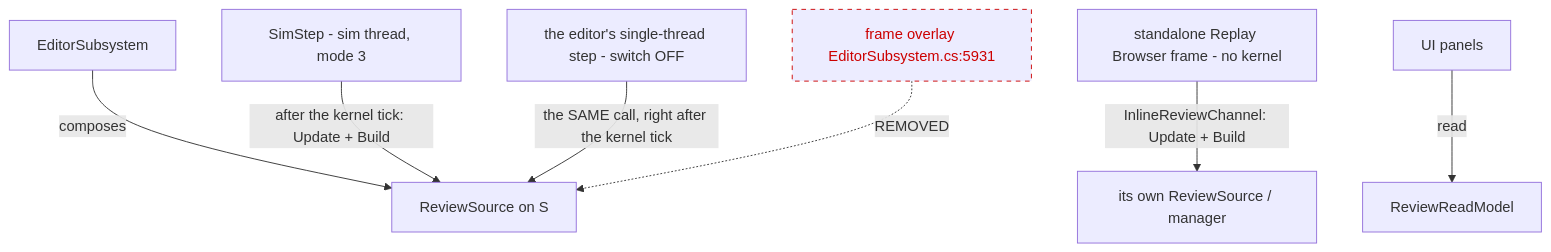
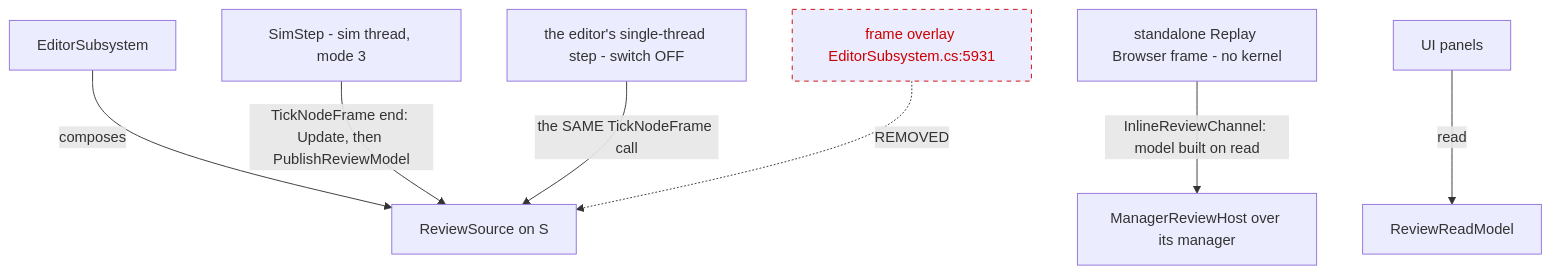
One commit to pjanec/HROT changed the third of 3 diagrams in docs/DESIGN_Threaded_Review_Source.md. Above: the diagram before and after it, drawn with Mermaid. The commit also changed other lines of this file and 4 other files, not shown here.

First line of the commit message:
CE-4500 R-6: fold the threaded review source's as-built into its design and the neighbours

````diff
--- a/docs/DESIGN_Threaded_Review_Source.md
+++ b/docs/DESIGN_Threaded_Review_Source.md
@@ -158,10 +161,10 @@
 ```mermaid
 graph TD
   E[EditorSubsystem] -->|composes| RS[ReviewSource on S]
-  SS[SimStep - sim thread, mode 3] -->|after the kernel tick: Update + Build| RS
-  IN[the editor's single-thread step - switch OFF] -->|the SAME call, right after the kernel tick| RS
-  RB[standalone Replay Browser frame - no kernel] -->|InlineReviewChannel: Update + Build| RB2[its own ReviewSource / manager]
+  SS[SimStep - sim thread, mode 3] -->|TickNodeFrame end: Update, then PublishReviewModel| RS
+  IN[the editor's single-thread step - switch OFF] -->|the SAME TickNodeFrame call| RS
+  RB[standalone Replay Browser frame - no kernel] -->|InlineReviewChannel: model built on read| RB2[ManagerReviewHost over its manager]
   FO[frame overlay EditorSubsystem.cs:5931]:::dead -.->|REMOVED| RS
   P[UI panels] -->|read| M[ReviewReadModel]
   classDef dead stroke:#c00,color:#c00,stroke-dasharray: 5 5
 ```
````
